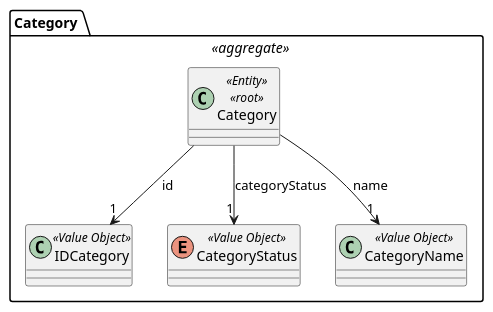
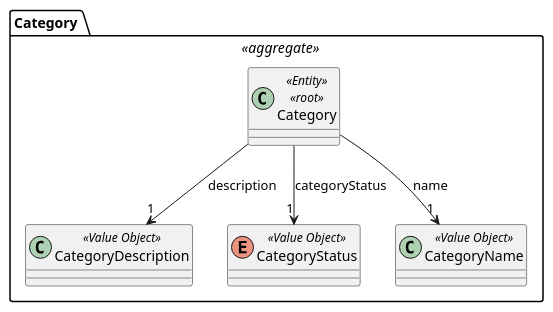
Before and after one commit to diogoveirospro/sem4pi-2024-2025-sem4pi_2024_2025_g44: the diagram in docs/SPRINT_2/US245/puml/domain-model-245.puml, drawn with PlantUML. The commit also changed 3 other files, not shown here.

Commit message:
#61 Corrected the domain model and class diagram of us 245

```diff
--- a/docs/SPRINT_2/US245/puml/domain-model-245.puml
+++ b/docs/SPRINT_2/US245/puml/domain-model-245.puml
@@ -1,22 +1,22 @@
 @startuml
 
 package "Category " <<aggregate>>{
 
     class Category <<Entity>> <<root>>{
     }
 
-    class IDCategory <<Value Object>>{
+    class CategoryDescription <<Value Object>>{
     }
 
     enum CategoryStatus <<Value Object>>{
     }
 
     class CategoryName <<Value Object>>{
     }
 
     'Category -> x
-    Category --> "1" IDCategory: id
     Category --> "1" CategoryStatus: categoryStatus
     Category --> "1" CategoryName: name
+    Category --> "1" CategoryDescription: description
 
 @enduml
```
